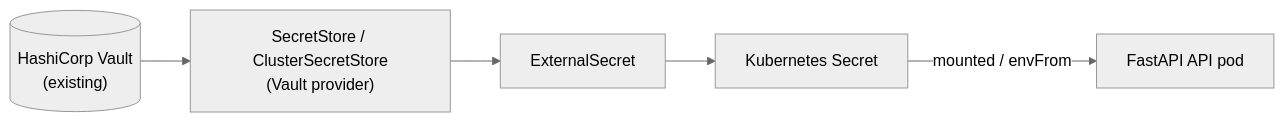
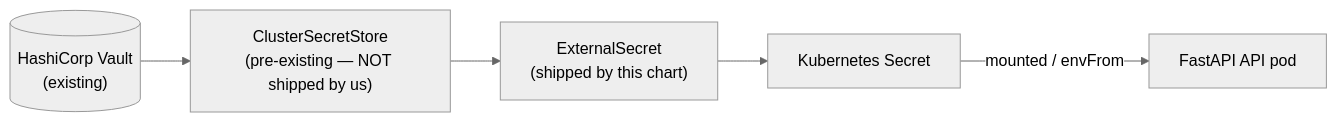
One commit to black-cloudlet/serverless changed the sixth of 7 diagrams in docs/ARCHITECTURE.md. Above: the diagram before and after it, drawn with Mermaid (neutral theme). The commit also changed other lines of this file, not shown here.

First line of the commit message:
docs: refine architecture per review (API HA topology, DNS, ESO, ACME)

````diff
--- a/docs/ARCHITECTURE.md
+++ b/docs/ARCHITECTURE.md
@@ -443,13 +488,13 @@
 ```mermaid
 flowchart LR
     V[("HashiCorp Vault<br/>(existing)")]
-    SS["SecretStore / ClusterSecretStore<br/>(Vault provider)"]
-    ES["ExternalSecret"]
+    SS["ClusterSecretStore<br/>(pre-existing — NOT shipped by us)"]
+    ES["ExternalSecret<br/>(shipped by this chart)"]
     K8S["Kubernetes Secret"]
     POD["FastAPI API pod"]
 
     V --> SS
     SS --> ES
     ES --> K8S
     K8S -->|"mounted / envFrom"| POD
 ```
````
